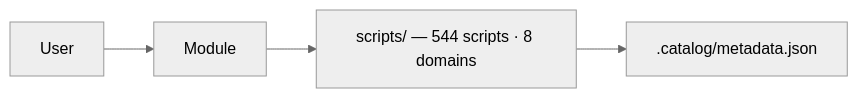
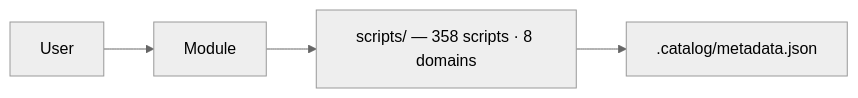
One commit to Carme99/bug-free-umbrella changed the second of 2 diagrams in docs/Module.md. Above: the diagram before and after it, drawn with Mermaid (neutral theme). The commit also changed other lines of this file and 1116 other files, not shown here.

````diff
--- a/docs/Module.md
+++ b/docs/Module.md
@@ -58,6 +58,6 @@
 ```mermaid
 flowchart LR
     User --> MOD[Module]
-    MOD --> SCRIPTS[scripts/ — 544 scripts · 8 domains]
+    MOD --> SCRIPTS[scripts/ — 358 scripts · 8 domains]
     SCRIPTS --> CAT[.catalog/metadata.json]
 ```
````
